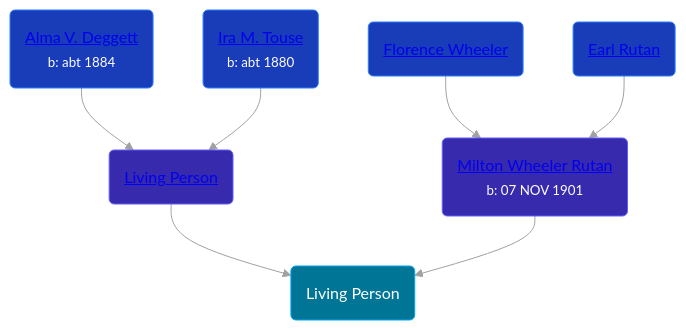
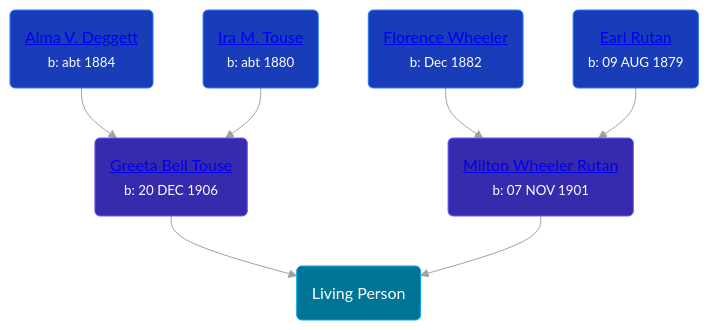
One commit to wpmgotkh/wpmgotkh.github.io changed the diagram in pages/people/7/73053745.md. Above: the diagram before and after it, drawn with Mermaid (neutral theme). The commit also changed other lines of this file and 56 other files, not shown here.

````diff
--- a/pages/people/7/73053745.md
+++ b/pages/people/7/73053745.md
@@ -10,14 +10,14 @@
 ```mermaid
 graph
 classDef grands fill:#193cb8,stroke:#2b7fff,stroke-width:1px,color:#fff;
 classDef parents fill:#372aac,stroke:#615fff,stroke-width:1px,color:#fff;
 classDef primary fill:#007595,stroke:#00a6f4,stroke-width:1px,color:#fff;
 73053745(Living Person):::primary
-61135838(<a class="text-white" href="/people/6/61135838">Living Person</a>):::parents-->73053745
+61135838(<a class="text-white" href="/people/6/61135838">Greeta Bell Touse</a><br /><small>b: 20 DEC 1906</small>):::parents-->73053745
 42271632(<a class="text-white" href="/people/4/42271632">Alma V. Deggett</a><br /><small>b: abt 1884</small>):::grands-->61135838
 43588740(<a class="text-white" href="/people/4/43588740">Ira M. Touse</a><br /><small>b: abt 1880</small>):::grands-->61135838
 20825556(<a class="text-white" href="/people/2/20825556">Milton Wheeler Rutan</a><br /><small>b: 07 NOV 1901</small>):::parents-->73053745
-48964520(<a class="text-white" href="/people/4/48964520">Florence Wheeler</a>):::grands-->20825556
-29949376(<a class="text-white" href="/people/2/29949376">Earl Rutan</a>):::grands-->20825556
+48964520(<a class="text-white" href="/people/4/48964520">Florence Wheeler</a><br /><small>b: Dec 1882</small>):::grands-->20825556
+29949376(<a class="text-white" href="/people/2/29949376">Earl Rutan</a><br /><small>b: 09 AUG 1879</small>):::grands-->20825556
 linkStyle default stroke:#a1a1a1
 ```
````
